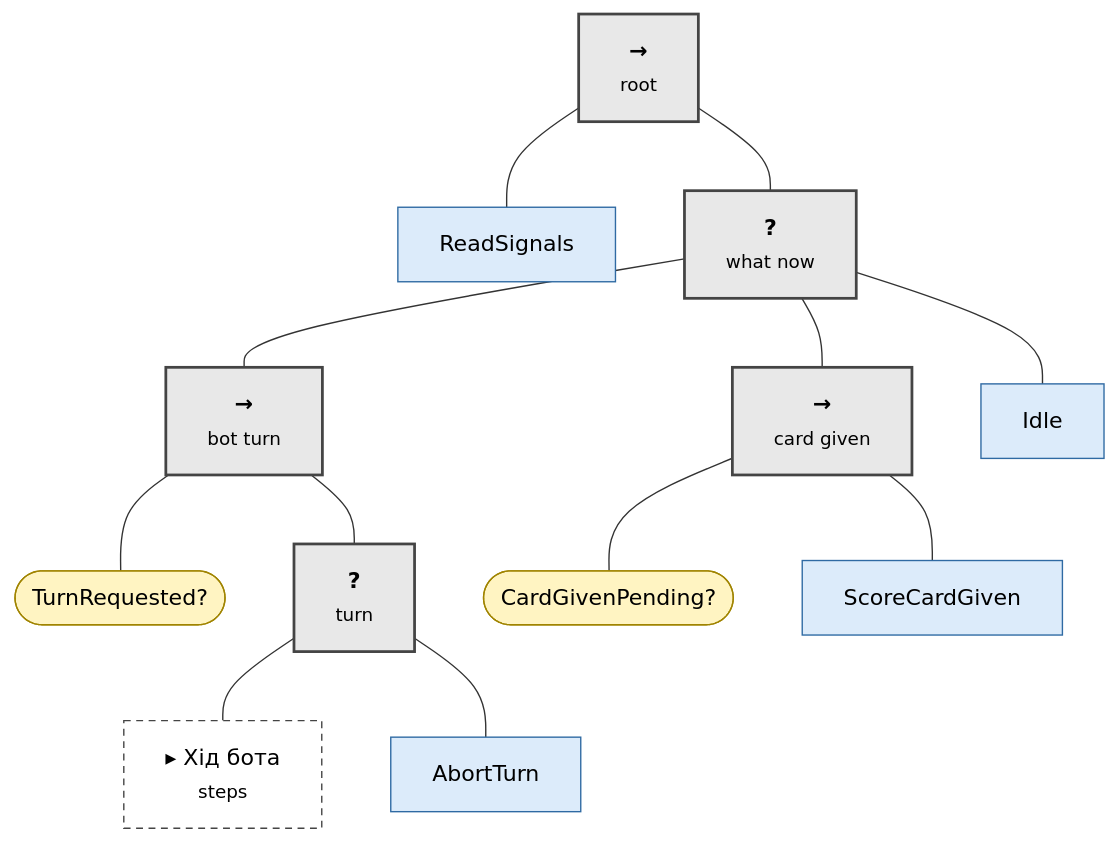
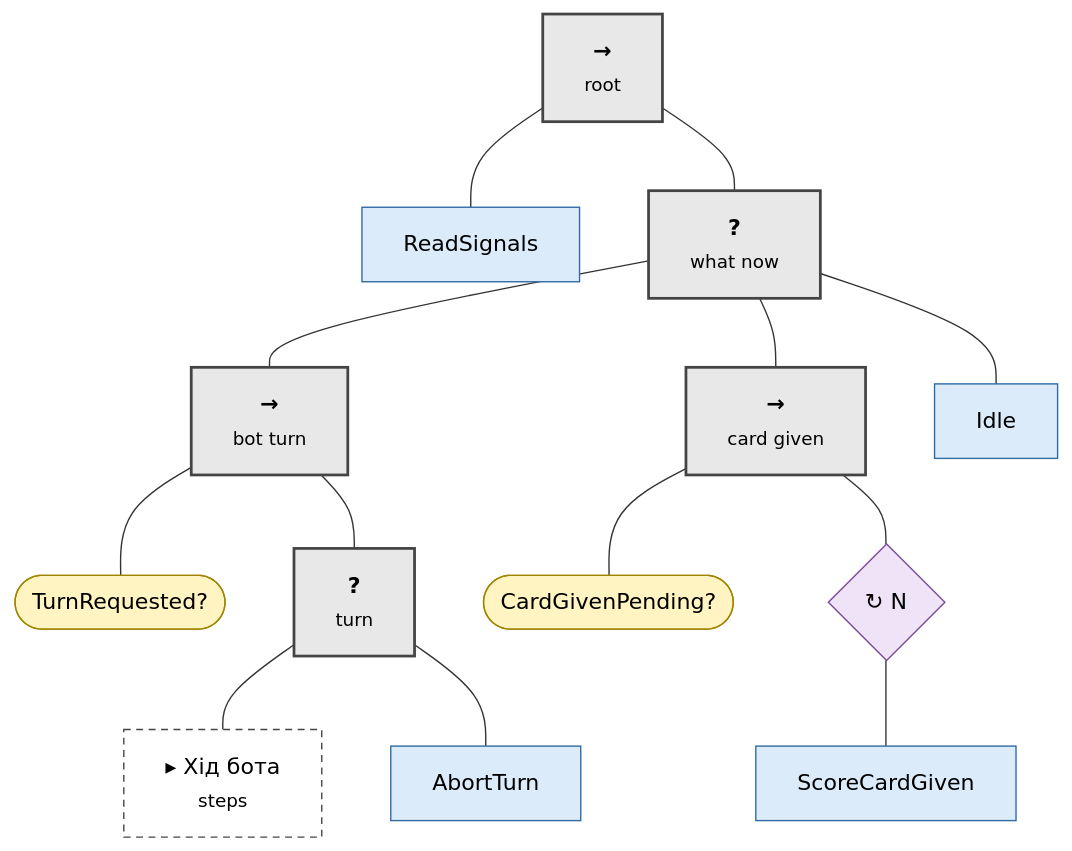
Before and after one commit to olenakshyk/RootBot67: the first of 3 diagrams in docs/decisions/0007-behaviour-tree.md, drawn with Mermaid. The commit also changed other lines of this file and 6 other files, not shown here.

First line of the commit message:
Orchestrator: atomic arm actions; card given after a delay; safe home()

````diff
--- a/docs/decisions/0007-behaviour-tree.md
+++ b/docs/decisions/0007-behaviour-tree.md
@@ -33,33 +33,35 @@
 ```mermaid
 flowchart TD
     root["<b>→</b><br/><small>root</small>"]:::control
     signals["ReadSignals"]:::action
     whatNow["<b>?</b><br/><small>what now</small>"]:::control
     botTurn["<b>→</b><br/><small>bot turn</small>"]:::control
     turnRequested(["TurnRequested?"]):::condition
     turn["<b>?</b><br/><small>turn</small>"]:::control
     steps["▸ Хід бота<br/><small>steps</small>"]:::subtree
     abort["AbortTurn"]:::action
     cardGiven["<b>→</b><br/><small>card given</small>"]:::control
     pending(["CardGivenPending?"]):::condition
+    retryScore{"↻ N"}:::decorator
     score["ScoreCardGiven"]:::action
     idle["Idle"]:::action
 
     root --- signals
     root --- whatNow
     whatNow --- botTurn
     whatNow --- cardGiven
     whatNow --- idle
     botTurn --- turnRequested
     botTurn --- turn
     turn --- steps
     turn --- abort
     cardGiven --- pending
-    cardGiven --- score
+    cardGiven --- retryScore
+    retryScore --- score
 
     classDef control fill:#e8e8e8,stroke:#444,stroke-width:2px,color:#000
     classDef decorator fill:#efe3f7,stroke:#7a4a99,color:#000
     classDef condition fill:#fff4c2,stroke:#a08400,color:#000
     classDef action fill:#dcebfa,stroke:#2f6aa3,color:#000
     classDef subtree fill:#ffffff,stroke:#444,stroke-dasharray:5 4,color:#000
 ```
````
